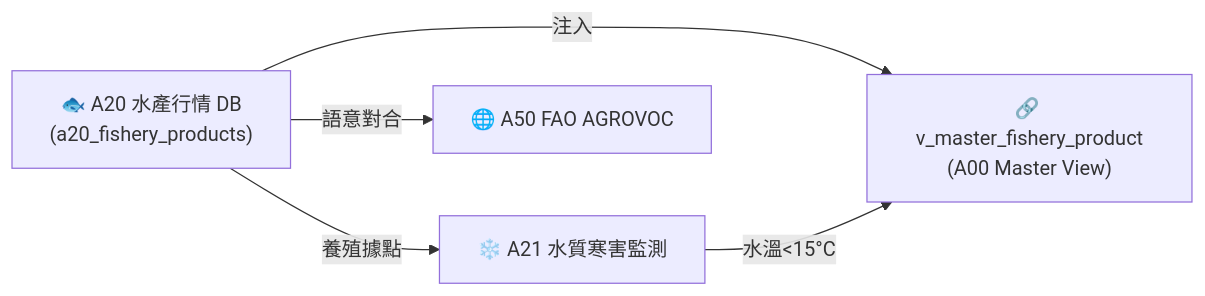
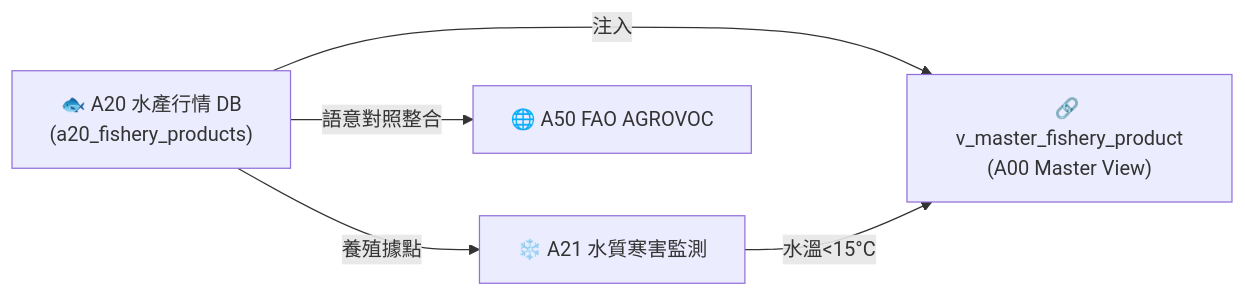
The diagram in book/03_06_a20_fishery_market_db.md (wuulong/tw-agro-db), drawn with Mermaid before and after one commit. The commit also changed other lines of this file and 34 other files, not shown here.

````diff
--- a/book/03_06_a20_fishery_market_db.md
+++ b/book/03_06_a20_fishery_market_db.md
@@ -96,11 +96,11 @@
 ```mermaid
 flowchart LR
     A20["🐟 A20 水產行情 DB<br/>(a20_fishery_products)"]
     A00_VIEW["🔗 v_master_fishery_product<br/>(A00 Master View)"]
     A21["❄️ A21 水質寒害監測"]
     A50["🌐 A50 FAO AGROVOC"]
 
     A20 -->|注入| A00_VIEW
     A20 -->|養殖據點| A21 -->|水溫<15°C| A00_VIEW
-    A20 -->|語意對合| A50
+    A20 -->|語意對照整合| A50
 ```
````
